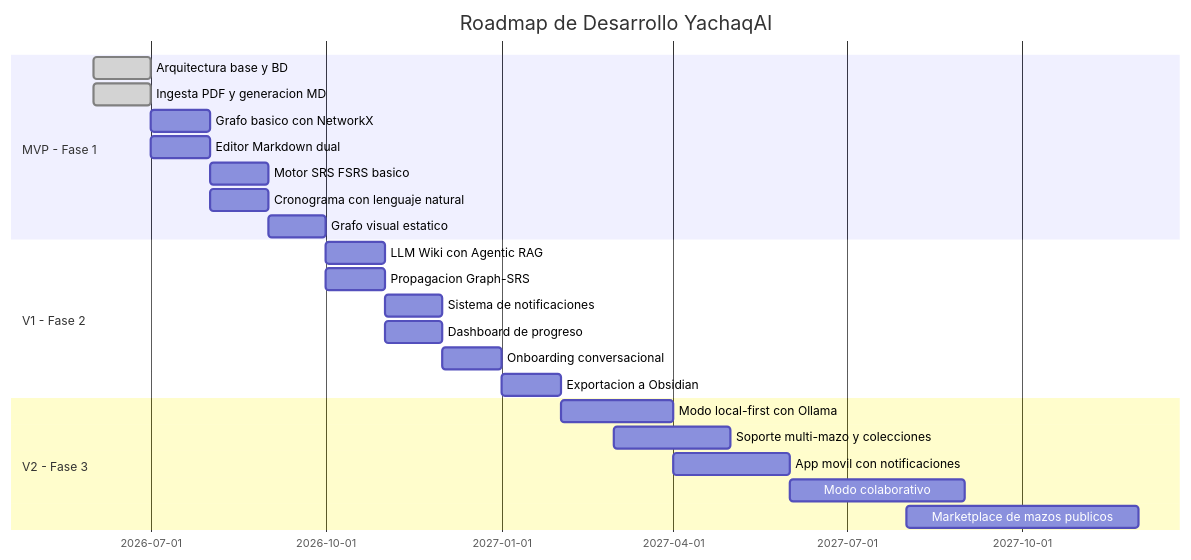
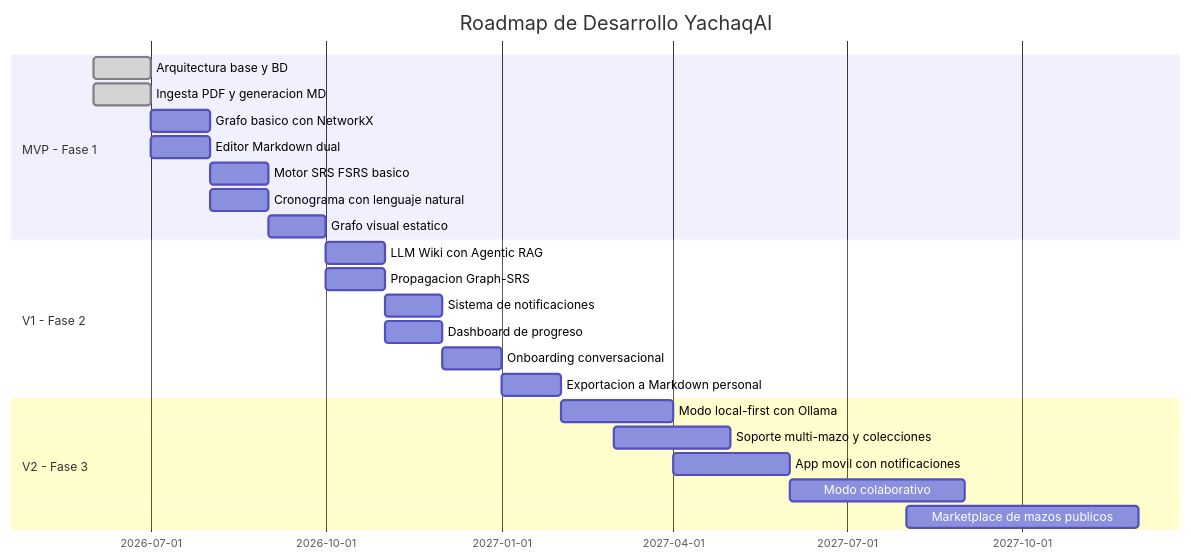
Before and after one commit to GonzaloRojasFIIS/Documentaci-n-YachaqAI: diagram 20 of 20 in propuesta_plataforma_pdf_markdown.md, drawn with Mermaid. The commit also changed other lines of this file and 3 other files, not shown here.

````diff
--- a/propuesta_plataforma_pdf_markdown.md
+++ b/propuesta_plataforma_pdf_markdown.md
@@ -1340,26 +1340,26 @@
 ```mermaid
 gantt
     title Roadmap de Desarrollo YachaqAI
     dateFormat YYYY-MM
     section MVP - Fase 1
         Arquitectura base y BD           :done, 2026-06, 2026-07
         Ingesta PDF y generacion MD      :done, 2026-06, 2026-07
         Grafo basico con NetworkX        :2026-07, 2026-08
         Editor Markdown dual             :2026-07, 2026-08
         Motor SRS FSRS basico            :2026-08, 2026-09
         Cronograma con lenguaje natural  :2026-08, 2026-09
         Grafo visual estatico            :2026-09, 2026-10
     section V1 - Fase 2
         LLM Wiki con Agentic RAG         :2026-10, 2026-11
         Propagacion Graph-SRS            :2026-10, 2026-11
         Sistema de notificaciones        :2026-11, 2026-12
         Dashboard de progreso            :2026-11, 2026-12
         Onboarding conversacional        :2026-12, 2027-01
-        Exportacion a Obsidian           :2027-01, 2027-02
+        Exportacion a Markdown personal  :2027-01, 2027-02
     section V2 - Fase 3
         Modo local-first con Ollama      :2027-02, 2027-04
         Soporte multi-mazo y colecciones :2027-03, 2027-05
         App movil con notificaciones     :2027-04, 2027-06
         Modo colaborativo               :2027-06, 2027-09
         Marketplace de mazos publicos    :2027-08, 2027-12
 ```
````
